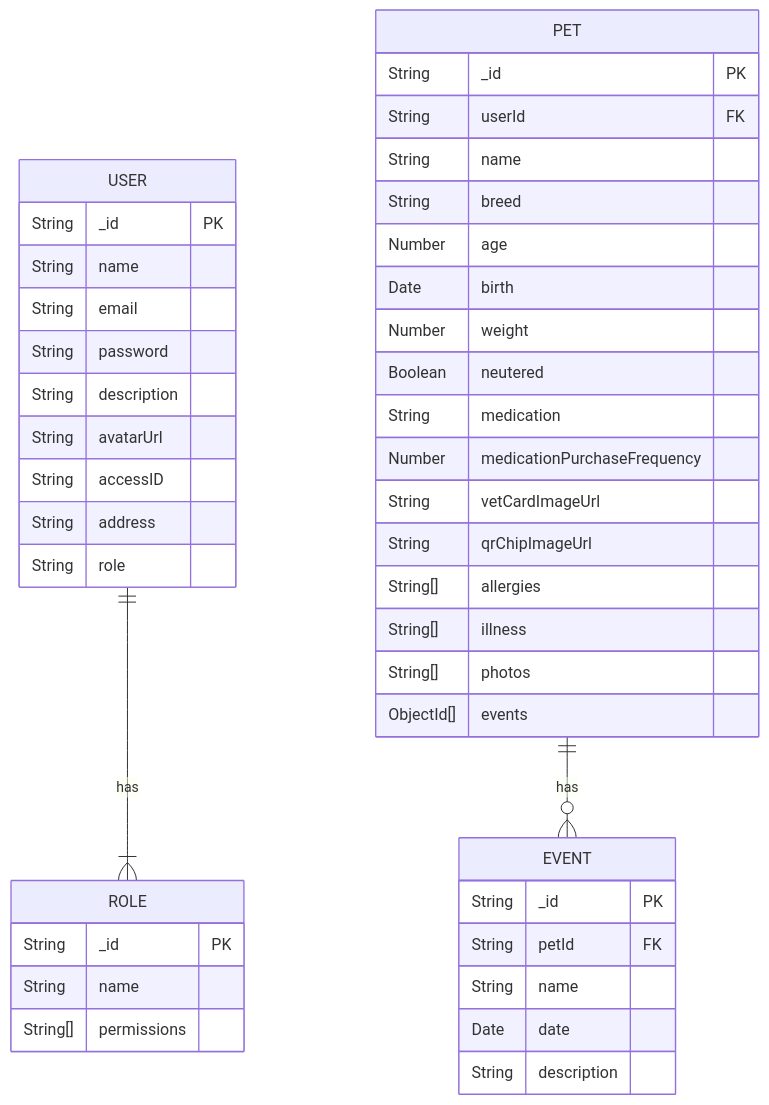
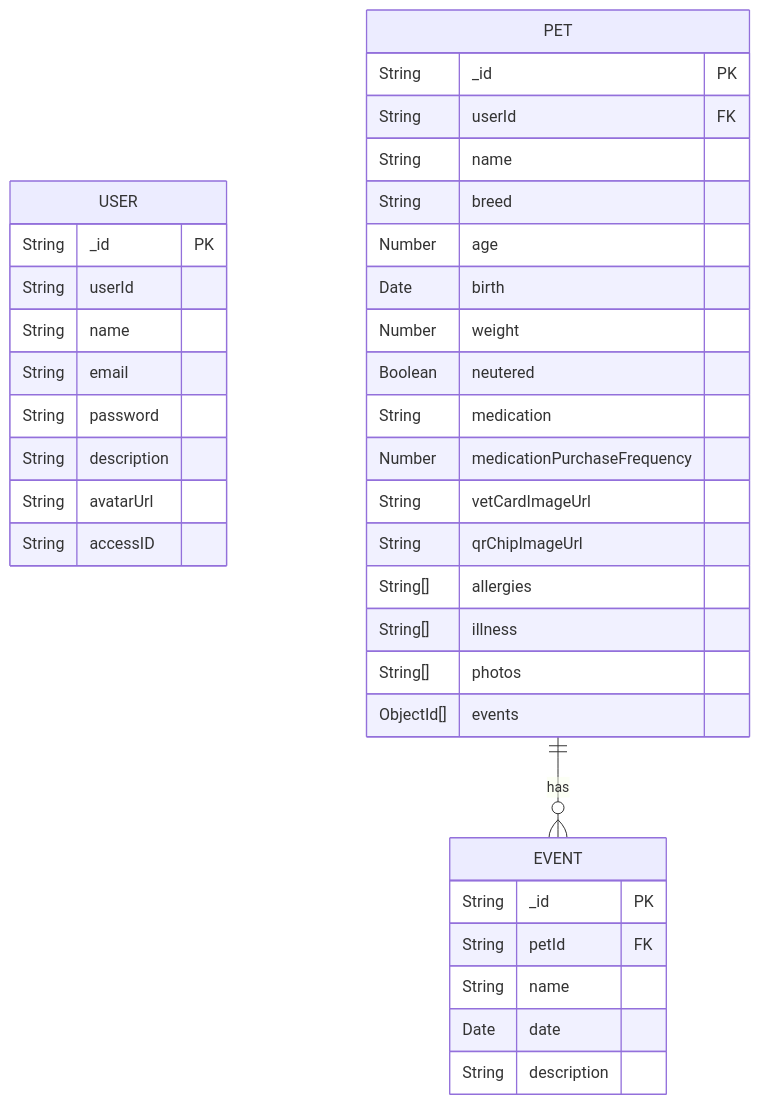
Before and after one commit to PetCare-Manager/petcaremanager-backend: the diagram in doc/database-model.md, drawn with Mermaid. The commit also changed 10 other files, not shown here.

````diff
--- a/doc/database-model.md
+++ b/doc/database-model.md
@@ -4,48 +4,42 @@
 ```mermaid
 erDiagram
     USER {
         String _id PK
+        String userId
         String name
         String email
         String password
         String description
         String avatarUrl
         String accessID
-        String address
-        String role
     }
-    ROLE {
-        String _id PK
-        String name
-        String[] permissions
-    }
+
 
     PET {
         String _id PK
         String userId FK
         String name
         String breed
         Number age
         Date birth
         Number weight
         Boolean neutered
         String medication
         Number medicationPurchaseFrequency
         String vetCardImageUrl
         String qrChipImageUrl
         String[] allergies
         String[] illness
         String[] photos
         ObjectId[] events
     }
     EVENT {
         String _id PK
         String petId FK
         String name
         Date date
         String description
     }
 
-    USER ||--|{ ROLE : has
     PET ||--o{ EVENT : has
 ```
````
